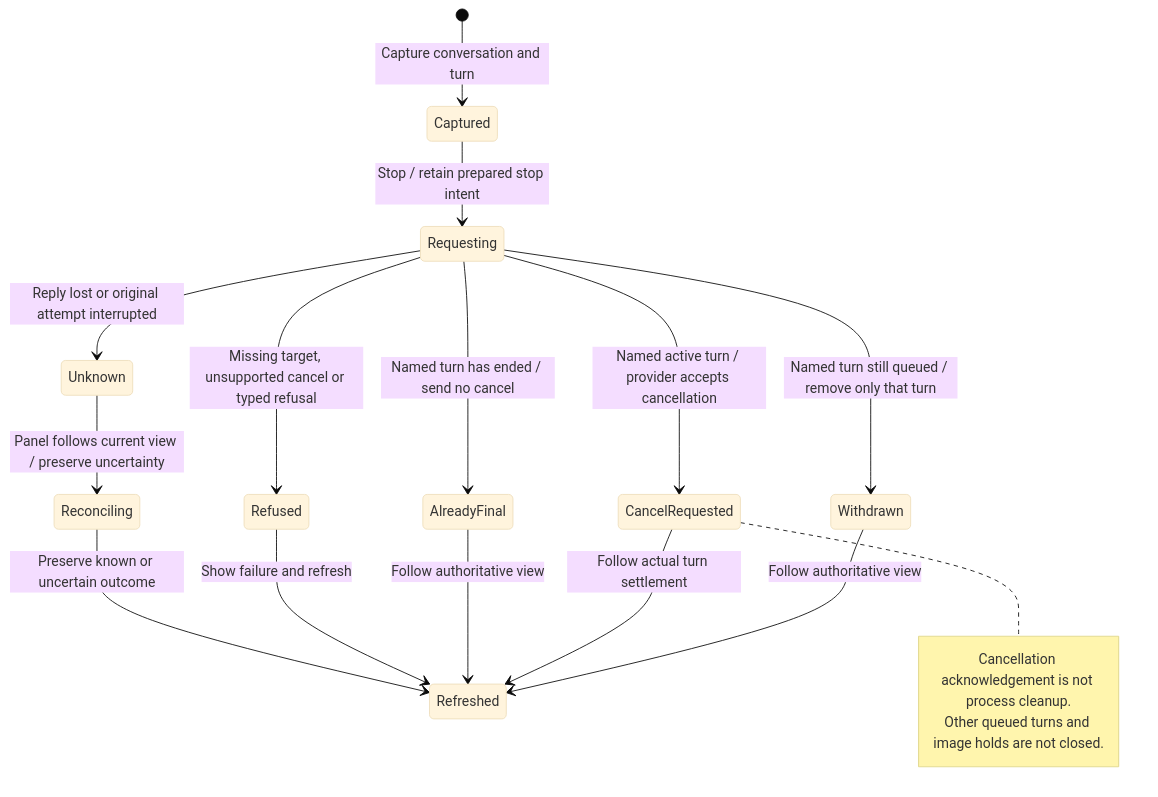
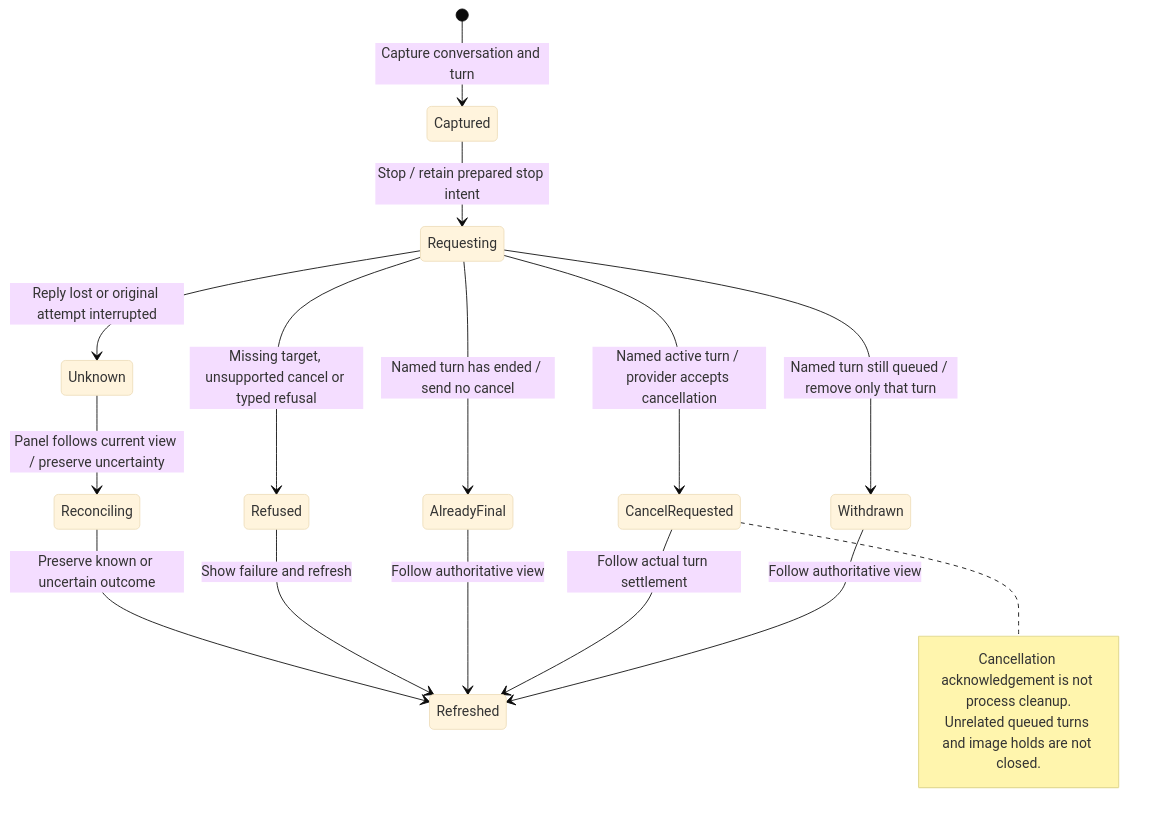
Before and after one commit to nessalabs/nessa-agent: the diagram in docs/state/services/desktop/chat/stop-active-and-queued-work.md, drawn with Mermaid (base theme). The commit also changed other lines of this file, not shown here.

````diff
--- a/docs/state/services/desktop/chat/stop-active-and-queued-work.md
+++ b/docs/state/services/desktop/chat/stop-active-and-queued-work.md
@@ -30,20 +34,20 @@
 ```mermaid
 stateDiagram-v2
     [*] --> Captured: Capture conversation and turn
     Captured --> Requesting: Stop / retain prepared stop intent
     Requesting --> Withdrawn: Named turn still queued / remove only that turn
     Requesting --> CancelRequested: Named active turn / provider accepts cancellation
     Requesting --> AlreadyFinal: Named turn has ended / send no cancel
     Requesting --> Refused: Missing target, unsupported cancel or typed refusal
     Requesting --> Unknown: Reply lost or original attempt interrupted
     Unknown --> Reconciling: Panel follows current view / preserve uncertainty
     Withdrawn --> Refreshed: Follow authoritative view
     CancelRequested --> Refreshed: Follow actual turn settlement
     AlreadyFinal --> Refreshed: Follow authoritative view
     Refused --> Refreshed: Show failure and refresh
     Reconciling --> Refreshed: Preserve known or uncertain outcome
     note right of CancelRequested
         Cancellation acknowledgement is not process cleanup.
-        Other queued turns and image holds are not closed.
+        Unrelated queued turns and image holds are not closed.
     end note
 ```
````
